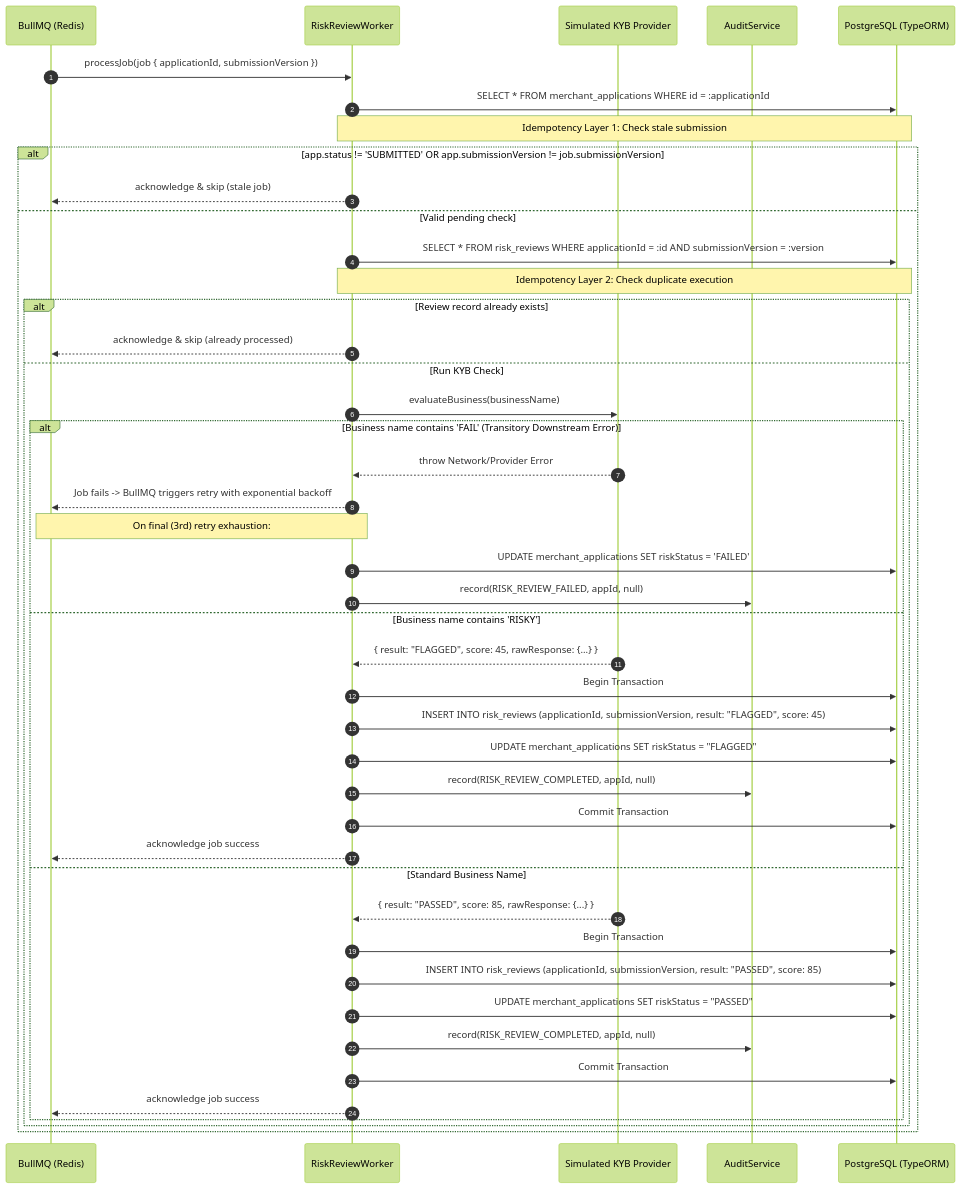
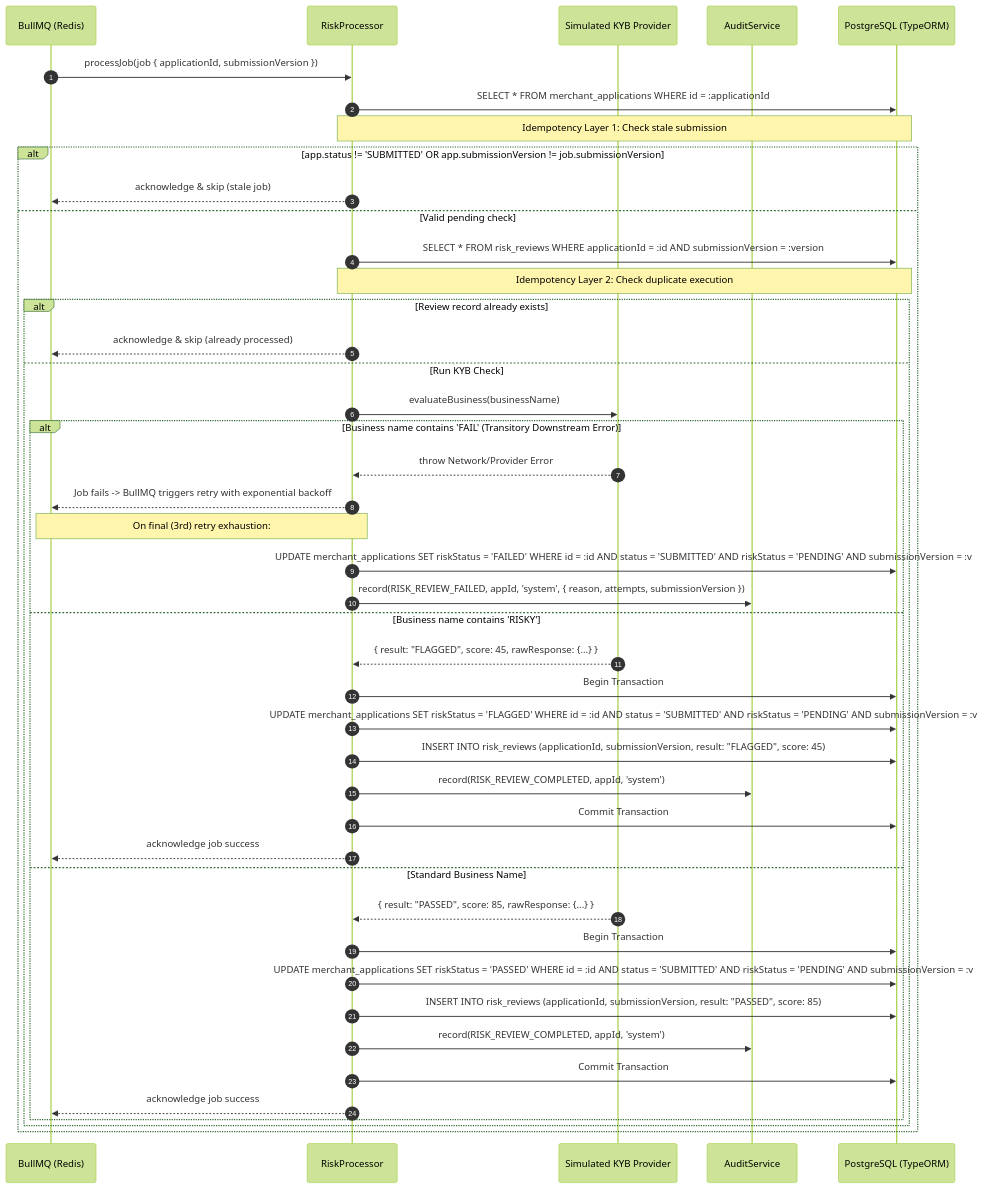
One commit to Bijayrauniyar/merchant-onboarding-api changed the eighth of 9 diagrams in DESIGN.md. Above: the diagram before and after it, drawn with Mermaid (forest theme). The commit also changed other lines of this file and 5 other files, not shown here.

Commit message:
fix: add pessimistic write locking and risk enqueue failure handling to applications service

````diff
--- a/DESIGN.md
+++ b/DESIGN.md
@@ -418,49 +440,49 @@
 ```mermaid
 sequenceDiagram
     autonumber
     participant Queue as BullMQ (Redis)
-    participant Worker as RiskReviewWorker
+    participant Worker as RiskProcessor
     participant KYB as Simulated KYB Provider
     participant Audit as AuditService
     participant DB as PostgreSQL (TypeORM)
 
     Queue->>Worker: processJob(job { applicationId, submissionVersion })
     Worker->>DB: SELECT * FROM merchant_applications WHERE id = :applicationId
     
     note over Worker,DB: Idempotency Layer 1: Check stale submission
     alt app.status != 'SUBMITTED' OR app.submissionVersion != job.submissionVersion
         Worker-->>Queue: acknowledge & skip (stale job)
     else Valid pending check
         Worker->>DB: SELECT * FROM risk_reviews WHERE applicationId = :id AND submissionVersion = :version
         note over Worker,DB: Idempotency Layer 2: Check duplicate execution
         alt Review record already exists
             Worker-->>Queue: acknowledge & skip (already processed)
         else Run KYB Check
             Worker->>KYB: evaluateBusiness(businessName)
             
             alt Business name contains 'FAIL' (Transitory Downstream Error)
                 KYB-->>Worker: throw Network/Provider Error
                 Worker-->>Queue: Job fails -> BullMQ triggers retry with exponential backoff
                 note over Worker,Queue: On final (3rd) retry exhaustion:
-                Worker->>DB: UPDATE merchant_applications SET riskStatus = 'FAILED'
-                Worker->>Audit: record(RISK_REVIEW_FAILED, appId, null)
+                Worker->>DB: UPDATE merchant_applications SET riskStatus = 'FAILED' WHERE id = :id AND status = 'SUBMITTED' AND riskStatus = 'PENDING' AND submissionVersion = :v
+                Worker->>Audit: record(RISK_REVIEW_FAILED, appId, 'system', { reason, attempts, submissionVersion })
             else Business name contains 'RISKY'
                 KYB-->>Worker: { result: "FLAGGED", score: 45, rawResponse: {...} }
                 Worker->>DB: Begin Transaction
+                Worker->>DB: UPDATE merchant_applications SET riskStatus = 'FLAGGED' WHERE id = :id AND status = 'SUBMITTED' AND riskStatus = 'PENDING' AND submissionVersion = :v
                 Worker->>DB: INSERT INTO risk_reviews (applicationId, submissionVersion, result: "FLAGGED", score: 45)
-                Worker->>DB: UPDATE merchant_applications SET riskStatus = "FLAGGED"
-                Worker->>Audit: record(RISK_REVIEW_COMPLETED, appId, null)
+                Worker->>Audit: record(RISK_REVIEW_COMPLETED, appId, 'system')
                 Worker->>DB: Commit Transaction
                 Worker-->>Queue: acknowledge job success
             else Standard Business Name
                 KYB-->>Worker: { result: "PASSED", score: 85, rawResponse: {...} }
                 Worker->>DB: Begin Transaction
+                Worker->>DB: UPDATE merchant_applications SET riskStatus = 'PASSED' WHERE id = :id AND status = 'SUBMITTED' AND riskStatus = 'PENDING' AND submissionVersion = :v
                 Worker->>DB: INSERT INTO risk_reviews (applicationId, submissionVersion, result: "PASSED", score: 85)
-                Worker->>DB: UPDATE merchant_applications SET riskStatus = "PASSED"
-                Worker->>Audit: record(RISK_REVIEW_COMPLETED, appId, null)
+                Worker->>Audit: record(RISK_REVIEW_COMPLETED, appId, 'system')
                 Worker->>DB: Commit Transaction
                 Worker-->>Queue: acknowledge job success
             end
         end
     end
 ```
````
